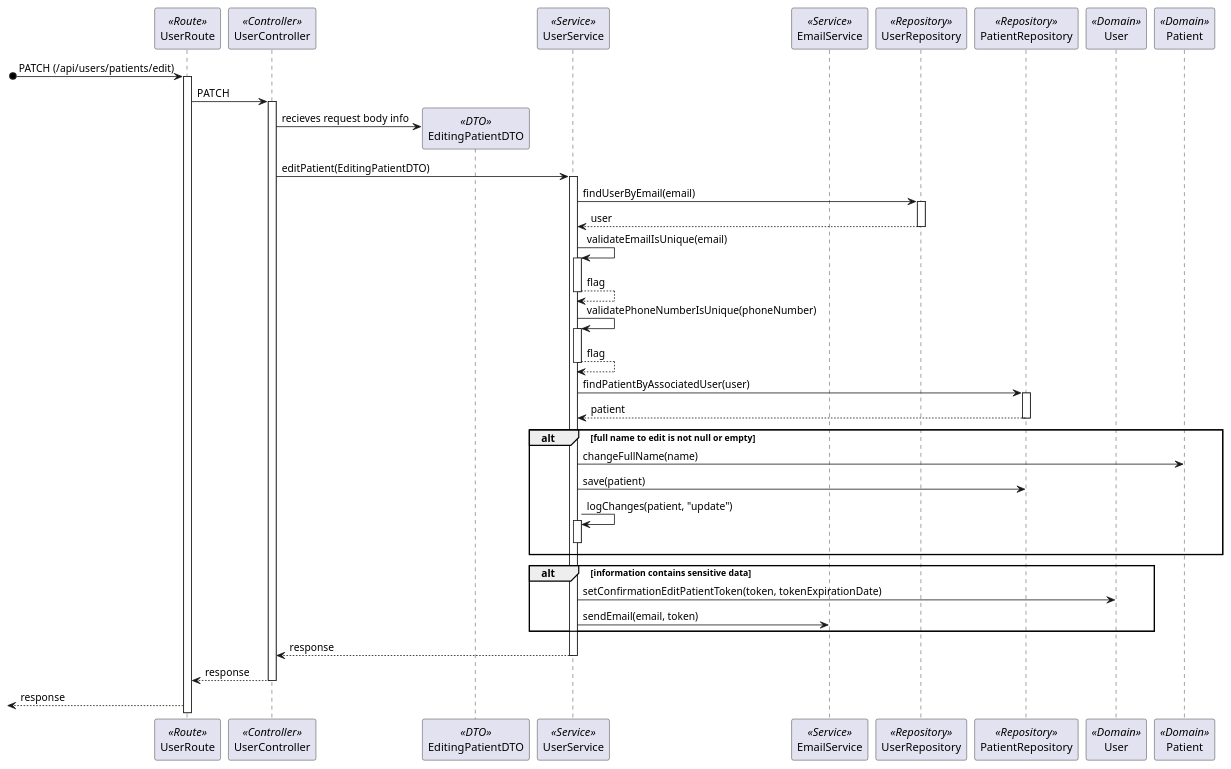
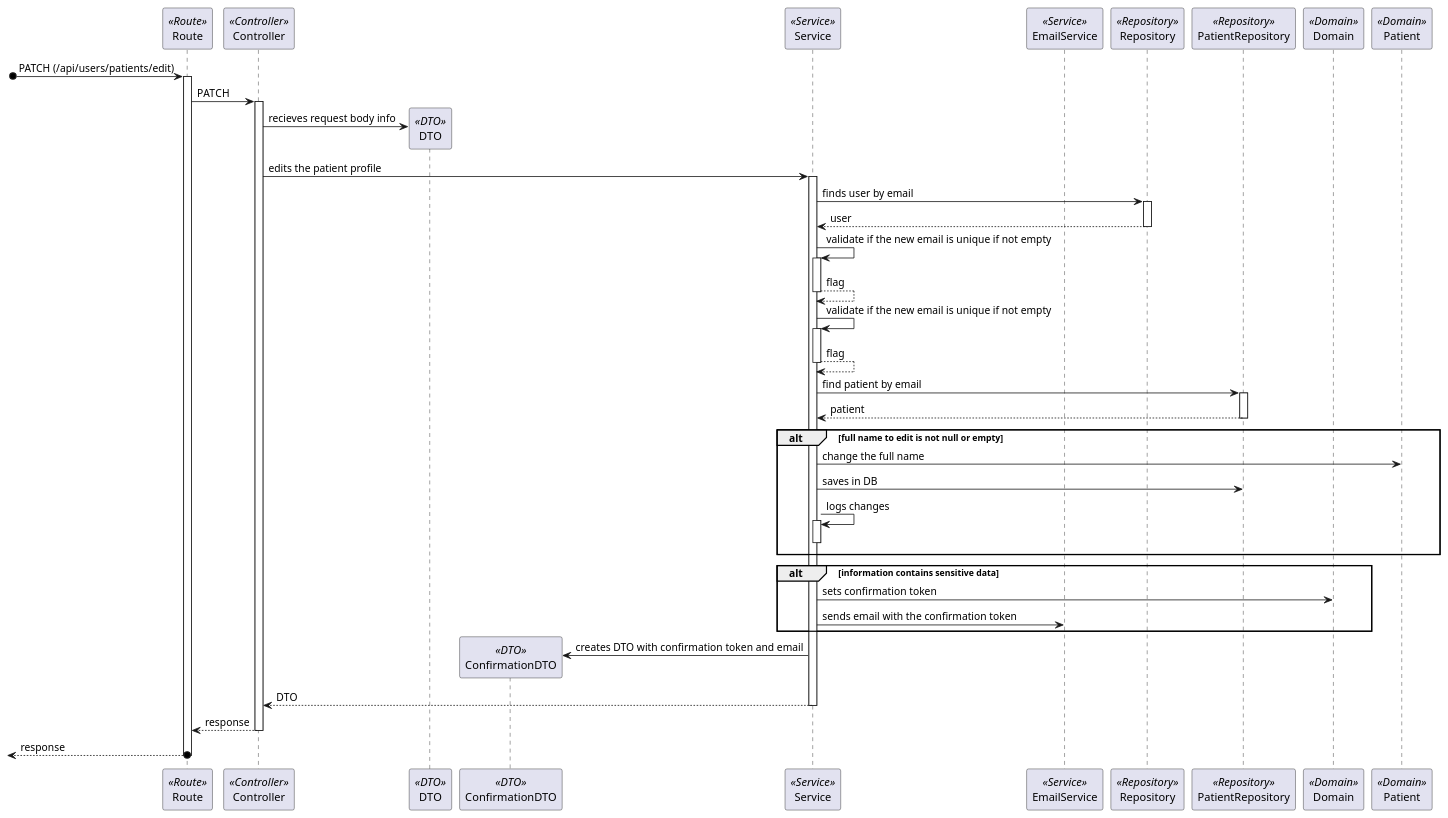
One commit to Rodrick0209/ISEP-SEM5PI-24-25 changed the diagram in docs/Sprint_1/US_5.1.4/L3/Process_View_Prior_Confirmation.puml. Above: the diagram before and after it, drawn with PlantUML. The commit also changed 19 other files, not shown here.

Commit message:
All Designs From Patient and User modified from the level 3 view #4 #5 #6 #9 #10 #11 #12

```diff
--- a/docs/Sprint_1/US_5.1.4/L3/Process_View_Prior_Confirmation.puml
+++ b/docs/Sprint_1/US_5.1.4/L3/Process_View_Prior_Confirmation.puml
@@ -2,44 +2,46 @@
 @startuml Process_View_Prior_Confirmation
-participant UserRoute as Route <<Route>>
-participant UserController as Controller <<Controller>>
-participant EditingPatientDTO as DTO <<DTO>>
-participant UserService as Service <<Service>>
+participant Route as Route <<Route>>
+participant Controller as Controller <<Controller>>
+participant DTO as DTO <<DTO>>
+participant ConfirmationDTO as ConfirmationDTO <<DTO>>
+participant Service as Service <<Service>>
 participant EmailService as EmailService <<Service>>
-participant UserRepository as Repository <<Repository>>
+participant Repository as Repository <<Repository>>
 participant PatientRepository as PatientRepository <<Repository>>
-participant User as User <<Domain>>
+participant Domain as Domain <<Domain>>
 participant Patient as Patient <<Domain>>
 [o-> Route: PATCH (/api/users/patients/edit)
 activate Route
 Route -> Controller : PATCH 
 activate Controller
 Controller -> DTO** : recieves request body info
-Controller -> Service : editPatient(EditingPatientDTO)
+Controller -> Service : edits the patient profile
 activate Service
-Service -> Repository : findUserByEmail(email)
+Service -> Repository : finds user by email
 activate Repository
 return user
-Service -> Service : validateEmailIsUnique(email)
+Service -> Service : validate if the new email is unique if not empty
 activate Service
 return flag
-Service -> Service : validatePhoneNumberIsUnique(phoneNumber)
+Service -> Service : validate if the new email is unique if not empty
 activate Service
 return flag
-Service -> PatientRepository : findPatientByAssociatedUser(user)
+Service -> PatientRepository : find patient by email
 activate PatientRepository
 return patient
 alt full name to edit is not null or empty
-Service -> Patient : changeFullName(name)
-Service -> PatientRepository : save(patient)
-Service -> Service : logChanges(patient, "update")
+Service -> Patient : change the full name
+Service -> PatientRepository : saves in DB
+Service -> Service : logs changes
 activate Service
 deactivate Service
 end
 alt information contains sensitive data
-Service -> User : setConfirmationEditPatientToken(token, tokenExpirationDate)
-Service -> EmailService : sendEmail(email, token)
+Service -> Domain : sets confirmation token
+Service -> EmailService : sends email with the confirmation token
 end
+Service -> ConfirmationDTO** : creates DTO with confirmation token and email
+return DTO
 return response
 return response
-<-- Route : response
 @enduml
```
